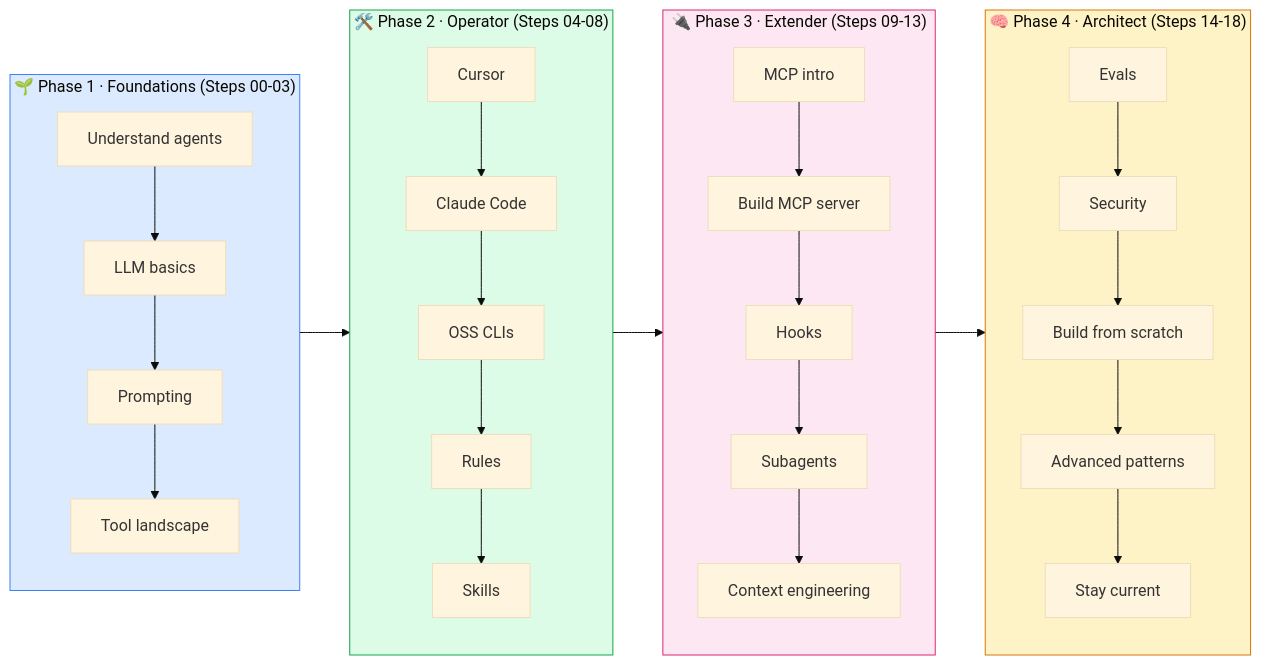
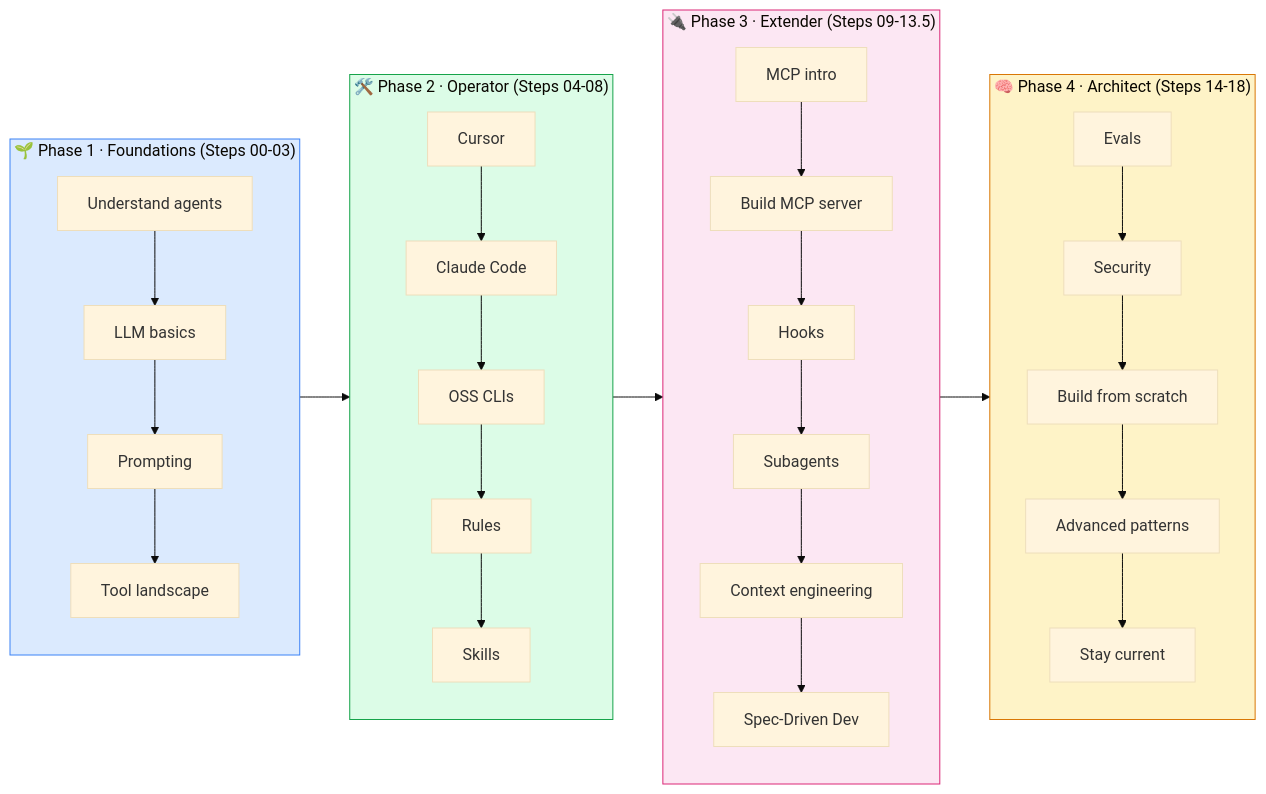
One commit to Isfhan/learn-agentic-coding changed the first of 2 diagrams in ROADMAP.md. Above: the diagram before and after it, drawn with Mermaid (base theme). The commit also changed other lines of this file and 5 other files, not shown here.

Commit message:
Update README and ROADMAP to include Step 13.5: Spec-Driven Development; add new practice project for Spec-Driven mini feature

````diff
--- a/ROADMAP.md
+++ b/ROADMAP.md
@@ -9,29 +9,29 @@
 ```mermaid
 flowchart LR
     subgraph P1["🌱 Phase 1 · Foundations (Steps 00-03)"]
         direction TB
         A1[Understand agents] --> A2[LLM basics] --> A3[Prompting] --> A4[Tool landscape]
     end
 
     subgraph P2["🛠️ Phase 2 · Operator (Steps 04-08)"]
         direction TB
         B1[Cursor] --> B2[Claude Code] --> B3[OSS CLIs] --> B4[Rules] --> B5[Skills]
     end
 
-    subgraph P3["🔌 Phase 3 · Extender (Steps 09-13)"]
+    subgraph P3["🔌 Phase 3 · Extender (Steps 09-13.5)"]
         direction TB
-        C1[MCP intro] --> C2[Build MCP server] --> C3[Hooks] --> C4[Subagents] --> C5[Context engineering]
+        C1[MCP intro] --> C2[Build MCP server] --> C3[Hooks] --> C4[Subagents] --> C5[Context engineering] --> C6[Spec-Driven Dev]
     end
 
     subgraph P4["🧠 Phase 4 · Architect (Steps 14-18)"]
         direction TB
         D1[Evals] --> D2[Security] --> D3[Build from scratch] --> D4[Advanced patterns] --> D5[Stay current]
     end
 
     P1 --> P2 --> P3 --> P4
 
     style P1 fill:#dbeafe,stroke:#3b82f6
     style P2 fill:#dcfce7,stroke:#16a34a
     style P3 fill:#fce7f3,stroke:#db2777
     style P4 fill:#fef3c7,stroke:#d97706
 ```
````
